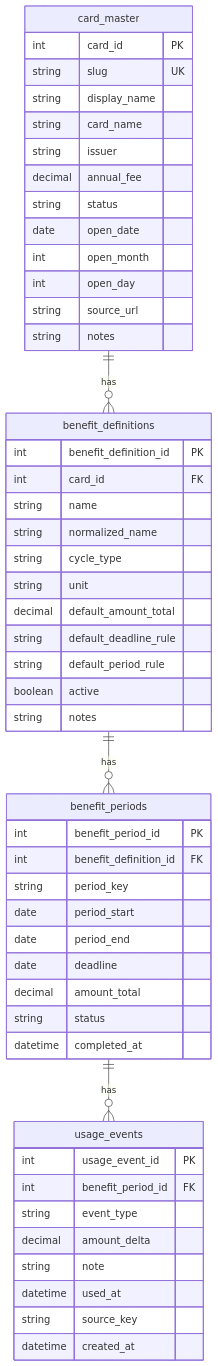
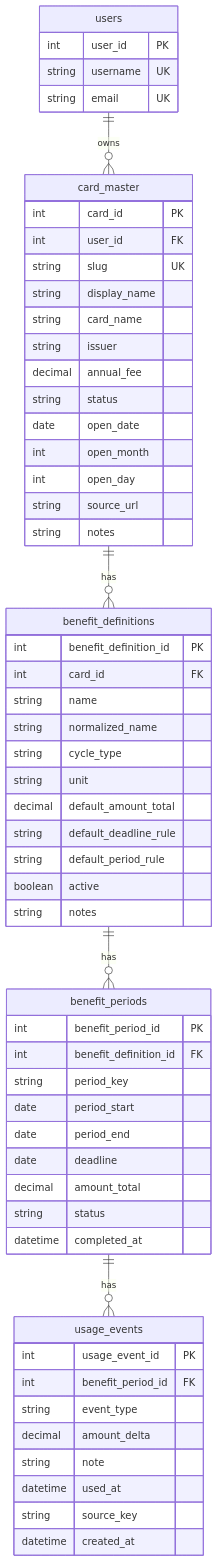
The first of 2 diagrams in README.md (lukeckt2/credit-card-benefit-tracker), drawn with Mermaid before and after one commit.

````diff
--- a/README.md
+++ b/README.md
@@ -25,55 +25,62 @@
 ```mermaid
 erDiagram
+    users {
+        int user_id PK
+        string username UK
+        string email UK
+    }
     card_master {
         int card_id PK
+        int user_id FK
         string slug UK
         string display_name
         string card_name
         string issuer
         decimal annual_fee
         string status
         date open_date
         int open_month
         int open_day
         string source_url
         string notes
     }
     benefit_definitions {
         int benefit_definition_id PK
         int card_id FK
         string name
         string normalized_name
         string cycle_type
         string unit
         decimal default_amount_total
         string default_deadline_rule
         string default_period_rule
         boolean active
         string notes
     }
     benefit_periods {
         int benefit_period_id PK
         int benefit_definition_id FK
         string period_key
         date period_start
         date period_end
         date deadline
         decimal amount_total
         string status
         datetime completed_at
     }
     usage_events {
         int usage_event_id PK
         int benefit_period_id FK
         string event_type
         decimal amount_delta
         string note
         datetime used_at
         string source_key
         datetime created_at
     }
     
+    users ||--o{ card_master : "owns"
     card_master ||--o{ benefit_definitions : "has"
     benefit_definitions ||--o{ benefit_periods : "has"
     benefit_periods ||--o{ usage_events : "has"
 ```
````
